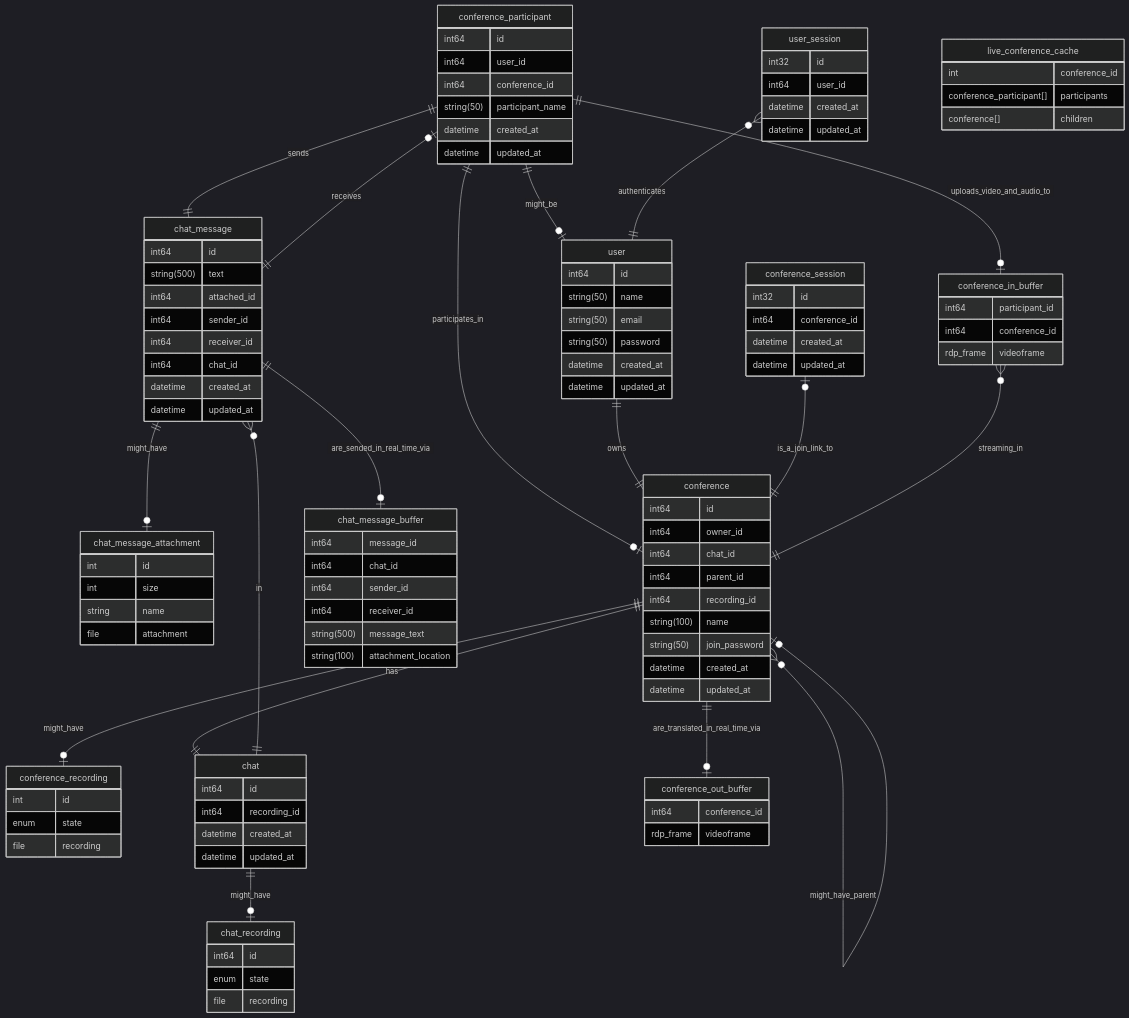
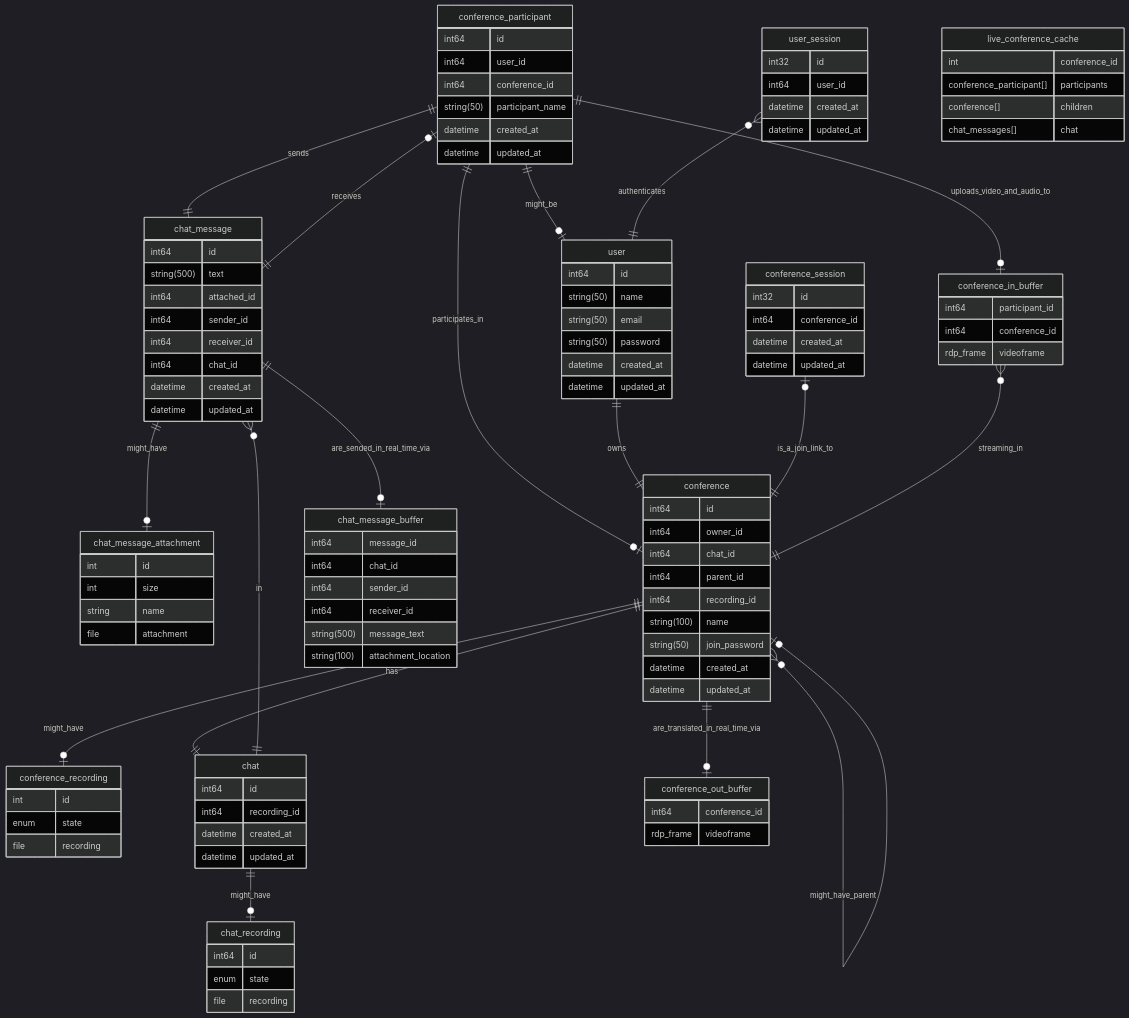
Before and after one commit to Regikon/highload-2025: the diagram in README.md, drawn with Mermaid (dark theme).

Commit message:
fix: chat caching

```diff
--- a/README.md
+++ b/README.md
@@ -622,6 +622,7 @@
     int conference_id
     conference_participant[] participants
     conference[] children
+    chat_messages[] chat
   }
 
   conference_participant ||--o| user : might_be
```
